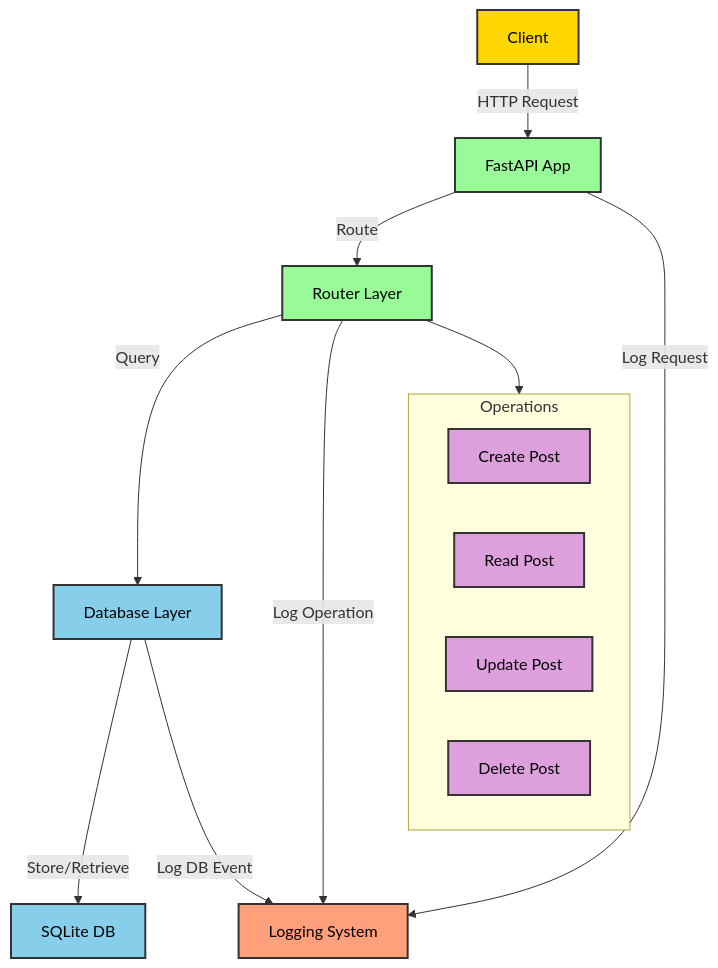
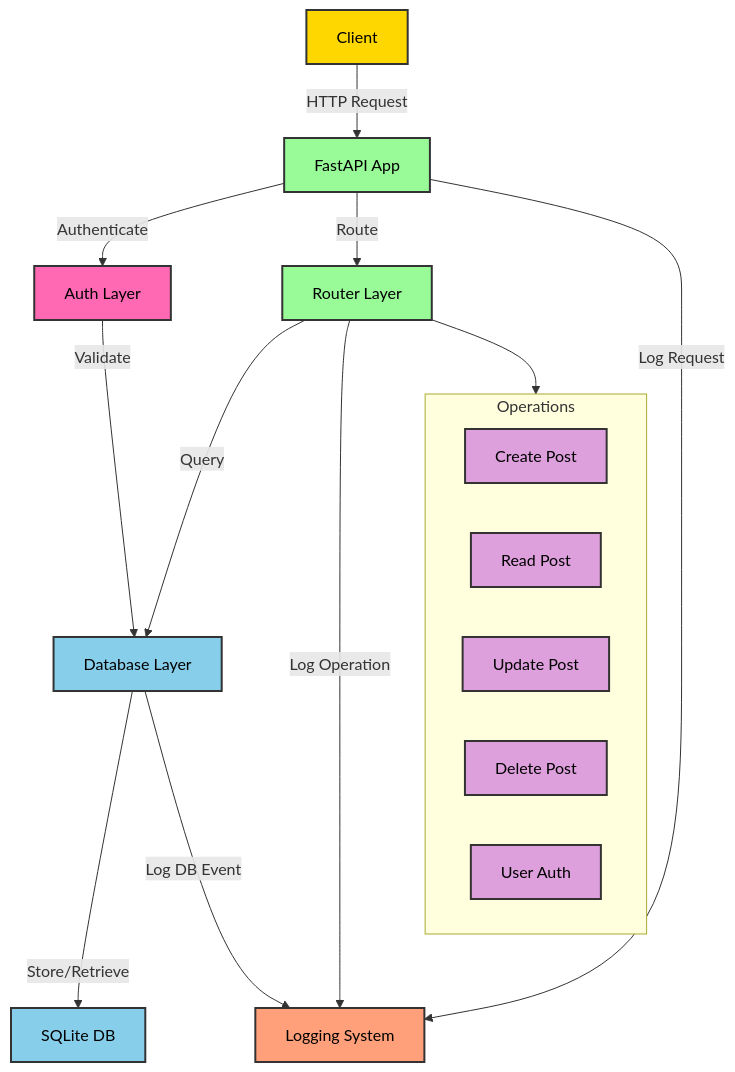
One commit to Kekniskd/cursor-IDE-API changed the diagram in README.md. Above: the diagram before and after it, drawn with Mermaid. The commit also changed other lines of this file and 17 other files, not shown here.

````diff
--- a/README.md
+++ b/README.md
@@ -16,38 +19,44 @@
 ```mermaid
 flowchart TD
     A[<font color=black>Client</font>]
     B[<font color=black>FastAPI App</font>]
     C[<font color=black>Router Layer</font>]
     D[<font color=black>Database Layer</font>]
     E[<font color=black>Logging System</font>]
     F[<font color=black>SQLite DB</font>]
+    K[<font color=black>Auth Layer</font>]
 
     A -->|HTTP Request| B
+    B -->|Authenticate| K
+    K -->|Validate| D
     B -->|Route| C
     C -->|Query| D
     D -->|Store/Retrieve| F
     B -->|Log Request| E
     C -->|Log Operation| E
     D -->|Log DB Event| E
 
     subgraph Operations
         G[<font color=black>Create Post</font>]
         H[<font color=black>Read Post</font>]
         I[<font color=black>Update Post</font>]
         J[<font color=black>Delete Post</font>]
+        L[<font color=black>User Auth</font>]
     end
 
     C --> Operations
 
     classDef client fill:#FFD700,stroke:#333,stroke-width:2px;
     classDef api fill:#98FB98,stroke:#333,stroke-width:2px;
     classDef data fill:#87CEEB,stroke:#333,stroke-width:2px;
     classDef logs fill:#FFA07A,stroke:#333,stroke-width:2px;
     classDef ops fill:#DDA0DD,stroke:#333,stroke-width:2px;
+    classDef auth fill:#FF69B4,stroke:#333,stroke-width:2px;
 
     class A client;
     class B,C api;
     class D,F data;
     class E logs;
-    class G,H,I,J ops;
+    class G,H,I,J,L ops;
+    class K auth;
 ```
````
